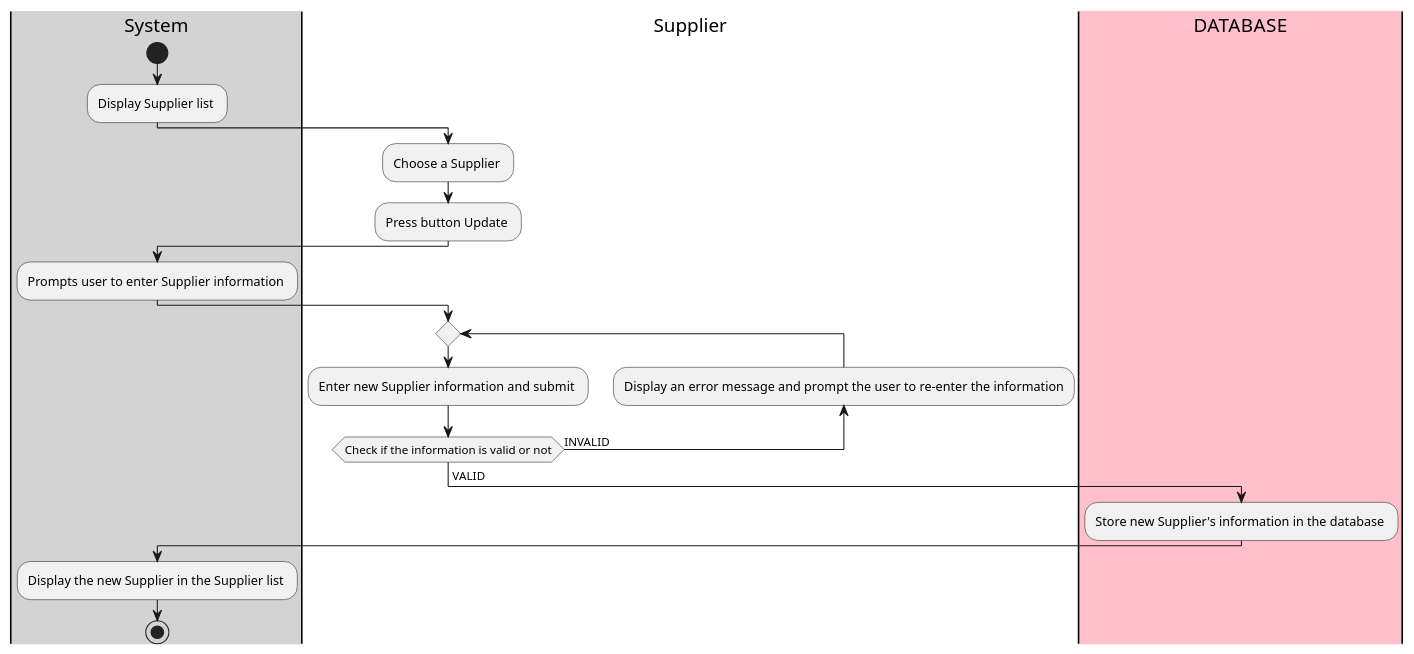
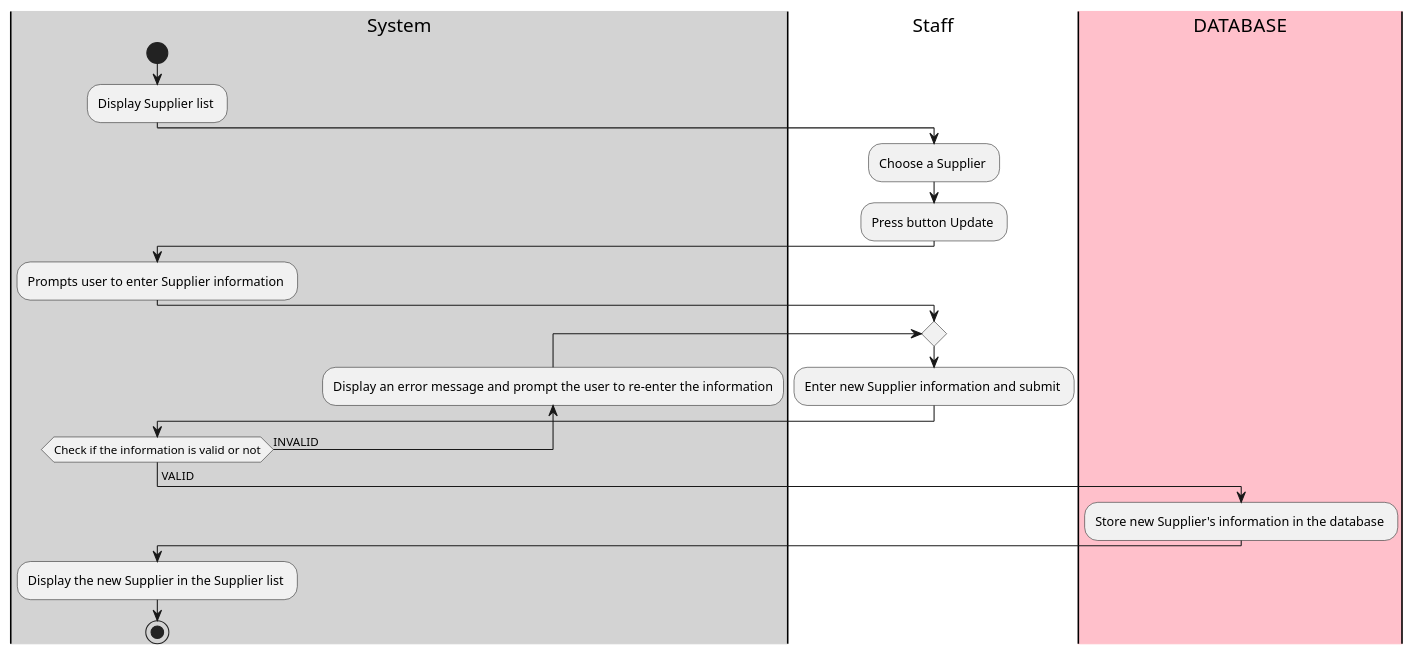
The diagram in Lab1.2/Activity/code/modify_supplier.puml (thanhLoc1087/SE357-Pratice-class), drawn with PlantUML before and after one commit. The commit also changed 7 other files, not shown here.

```diff
--- a/Lab1.2/Activity/code/modify_supplier.puml
+++ b/Lab1.2/Activity/code/modify_supplier.puml
@@ -1,23 +1,24 @@
 @startuml
 
 |#lightgray|System|
 start
 :Display Supplier list ;
-|#White|Supplier|
+|#White|Staff|
 :Choose a Supplier ;
 :Press button Update ;
 |#lightgray|System|
 :Prompts user to enter Supplier information ;
-|#White|Supplier|
+|#White|Staff|
 repeat
   :Enter new Supplier information and submit ;
+  |#lightgray|System|
 backward:Display an error message and prompt the user to re-enter the information;
 repeat while (Check if the information is valid or not) is (INVALID)
 -> VALID;
 |#pink|DATABASE|
 :Store new Supplier's information in the database ; 
 |#lightgray|System|
 :Display the new Supplier in the Supplier list ;
 stop
 
 @enduml
```
